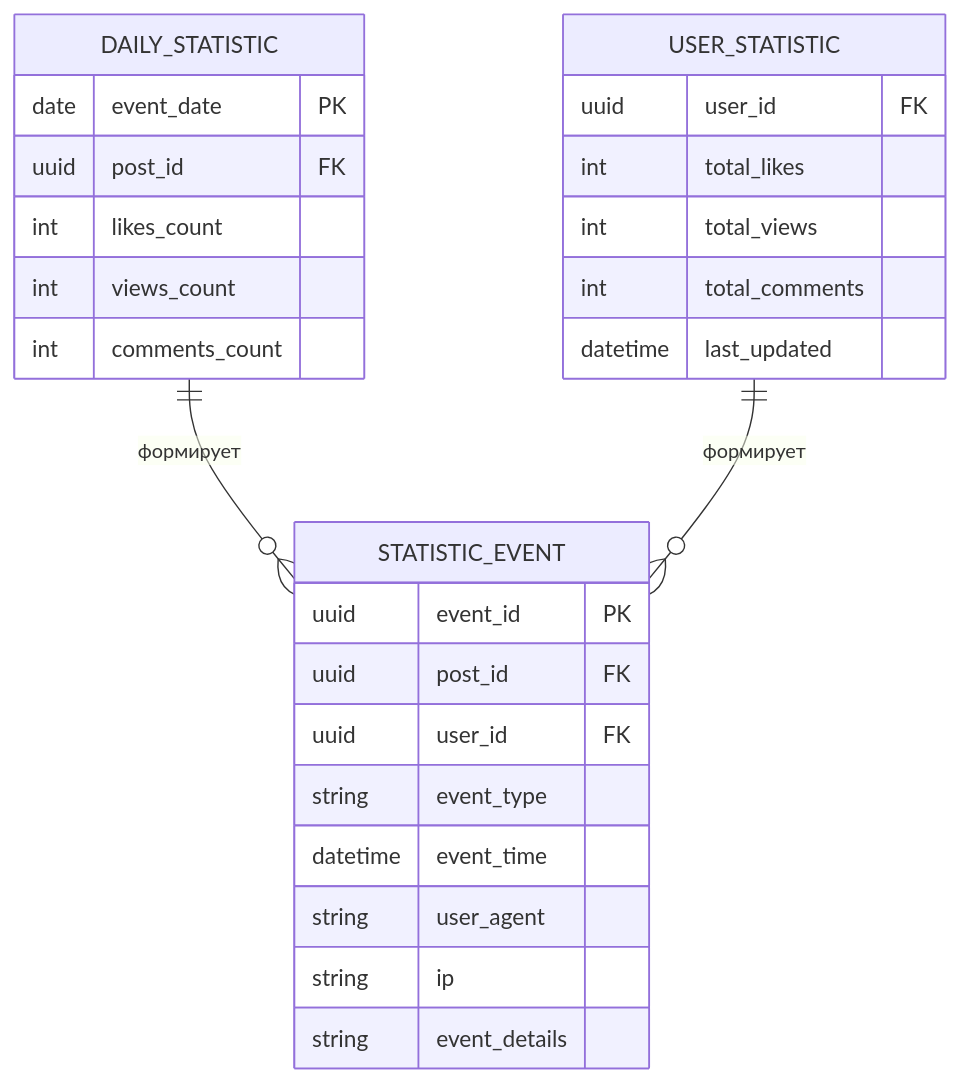
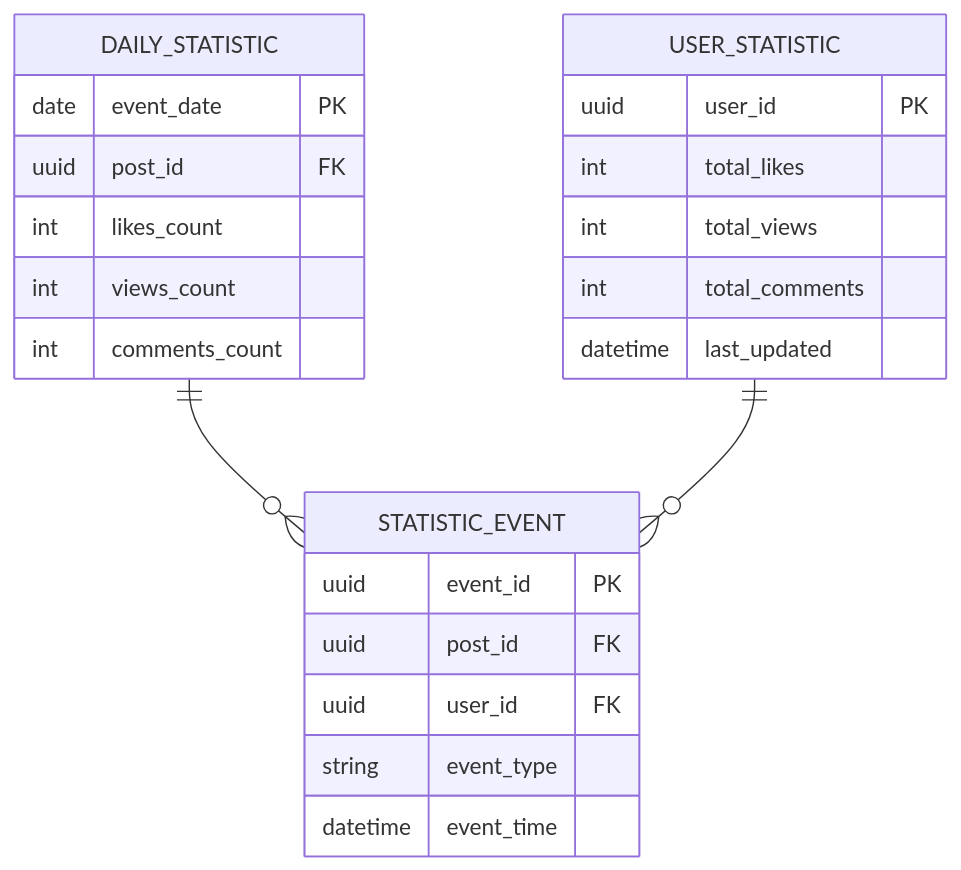
Before and after one commit to lavsasha/social-network-platform: the diagram in docs/er_statistic_service.mermaid, drawn with Mermaid. The commit also changed 5 other files, not shown here.

```diff
--- a/docs/er_statistic_service.mermaid
+++ b/docs/er_statistic_service.mermaid
@@ -1,30 +1,27 @@
 erDiagram
 STATISTIC_EVENT {
     uuid event_id PK
     uuid post_id FK
     uuid user_id FK
     string event_type
     datetime event_time
-    string user_agent
-    string ip
-    string event_details
 }
 
 DAILY_STATISTIC {
     date event_date PK
     uuid post_id FK
     int likes_count
     int views_count
     int comments_count
 }
 
 USER_STATISTIC {
-    uuid user_id FK
+    uuid user_id PK
     int total_likes
     int total_views
     int total_comments
     datetime last_updated
 }
 
-DAILY_STATISTIC ||--o{ STATISTIC_EVENT : "формирует"
-USER_STATISTIC ||--o{ STATISTIC_EVENT : "формирует"
+DAILY_STATISTIC ||--o{ STATISTIC_EVENT : ""
+USER_STATISTIC ||--o{ STATISTIC_EVENT : ""
```
